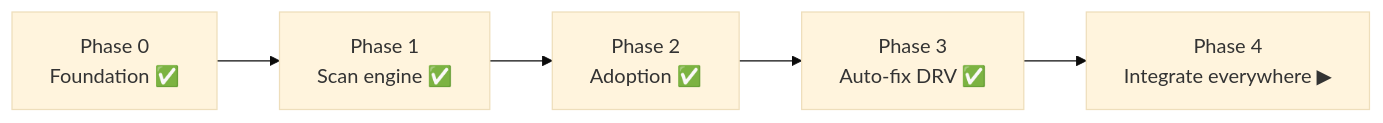
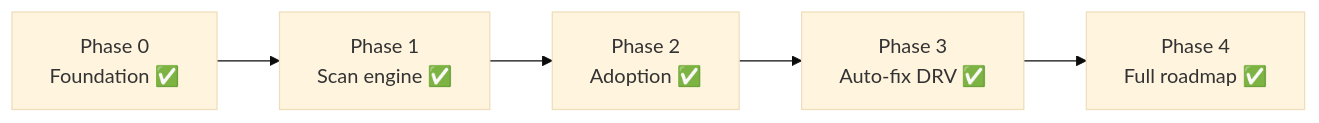
One commit to pablodlz/secpipe-ai changed the fifth of 5 diagrams in README.md. Above: the diagram before and after it, drawn with Mermaid (base theme). The commit also changed other lines of this file, not shown here.

Commit message:
docs(readme): v0.6.0 — todos os scanners, policy engine, supply-chain assinado (#33)

````diff
--- a/README.md
+++ b/README.md
@@ -328,4 +338,4 @@
 ```mermaid
 flowchart LR
-    P0["Phase 0<br/>Foundation ✅"] --> P1["Phase 1<br/>Scan engine ✅"] --> P2["Phase 2<br/>Adoption ✅"] --> P3["Phase 3<br/>Auto-fix DRV ✅"] --> P4["Phase 4<br/>Integrate everywhere ▶"]
+    P0["Phase 0<br/>Foundation ✅"] --> P1["Phase 1<br/>Scan engine ✅"] --> P2["Phase 2<br/>Adoption ✅"] --> P3["Phase 3<br/>Auto-fix DRV ✅"] --> P4["Phase 4<br/>Full roadmap ✅"]
 ```
````
